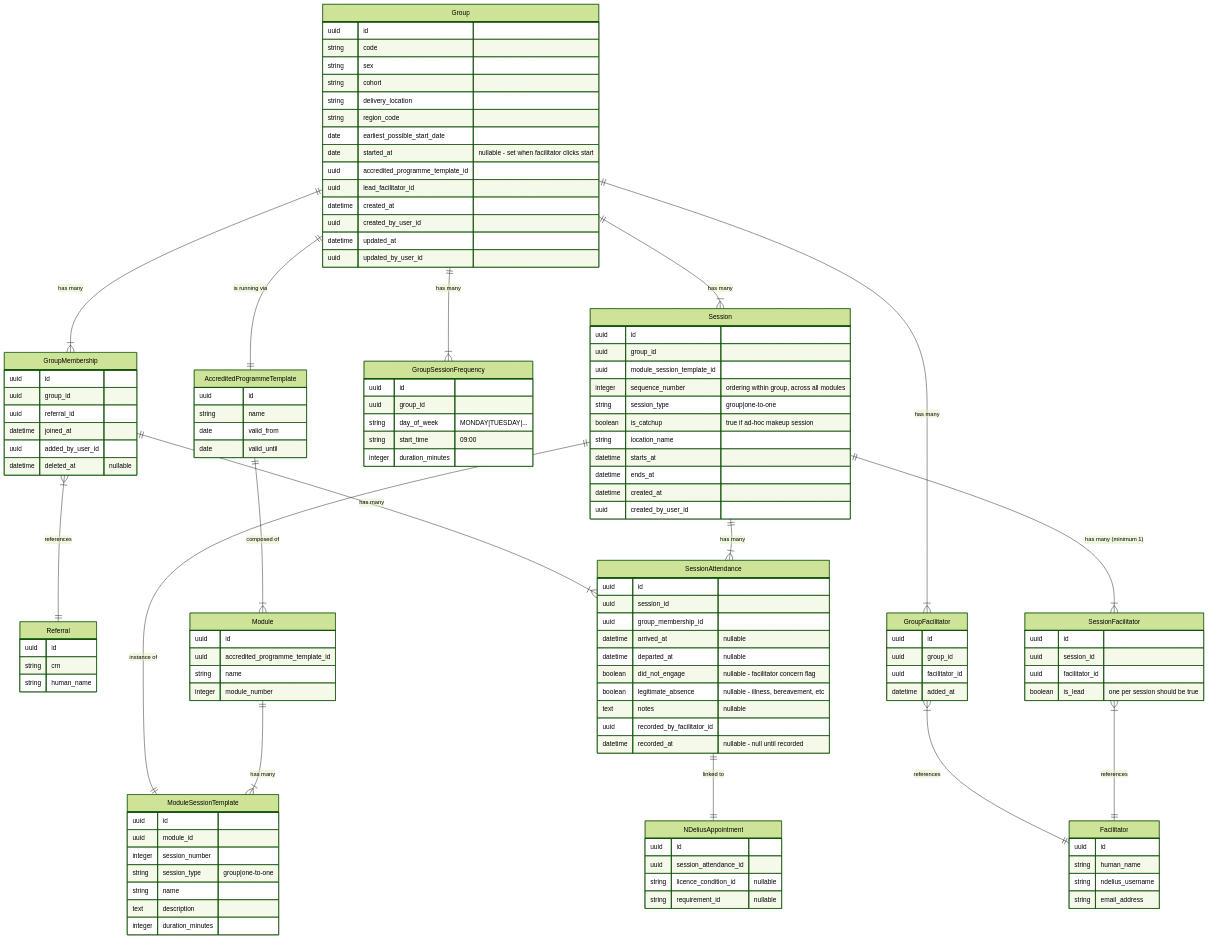
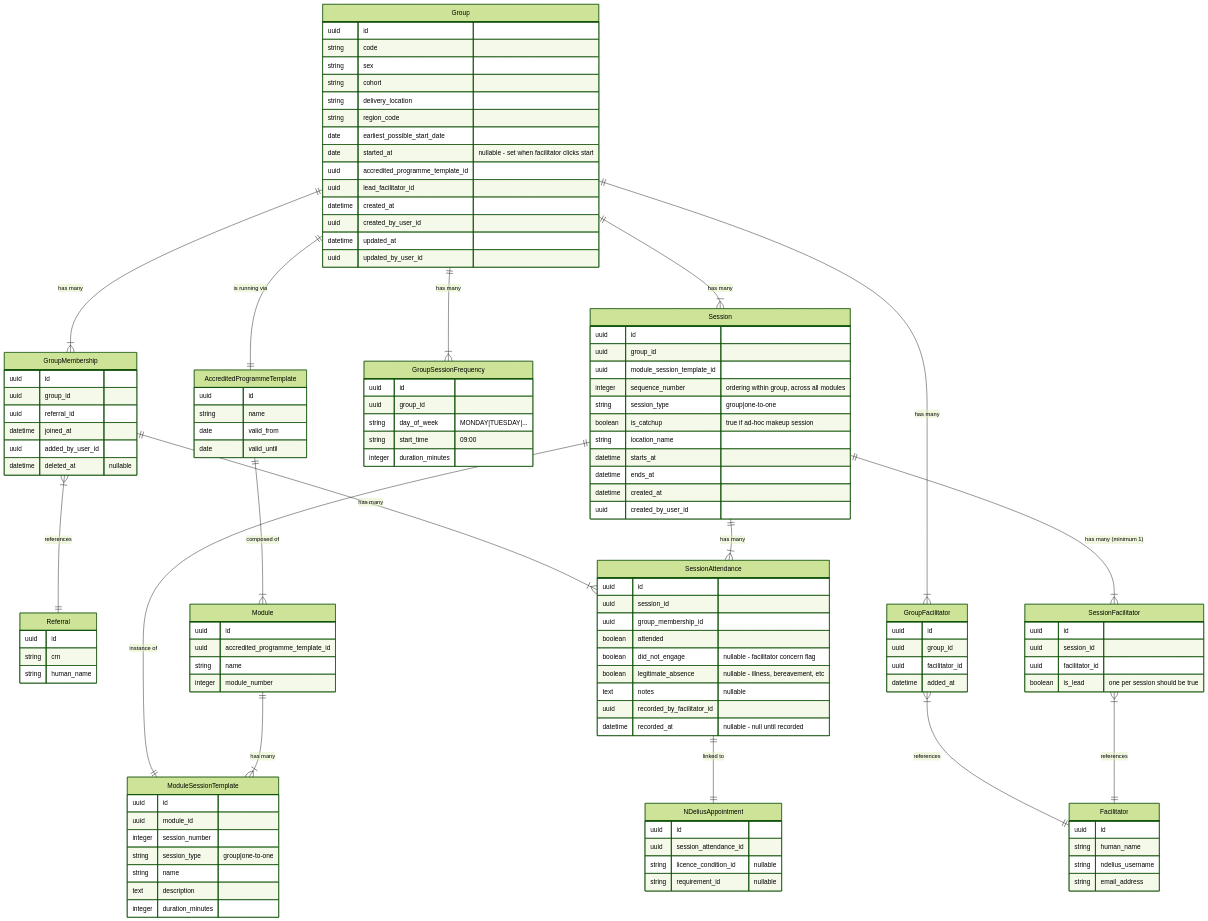
One commit to ministryofjustice/hmpps-accredited-programmes-manage-and-deliver-api changed the diagram in docs/2025-10-programme-template.md. Above: the diagram before and after it, drawn with Mermaid (forest theme). The commit also changed 2 other files, not shown here.

Commit message:
[APG-1721] update session attendance entity attributes

```diff
--- a/docs/2025-10-programme-template.md
+++ b/docs/2025-10-programme-template.md
@@ -217,8 +217,7 @@
         uuid id
         uuid session_id
         uuid group_membership_id
-        datetime arrived_at "nullable"
-        datetime departed_at "nullable"
+        boolean attended
         boolean did_not_engage "nullable - facilitator concern flag"
         boolean legitimate_absence "nullable - illness, bereavement, etc"
         text notes "nullable"
```
